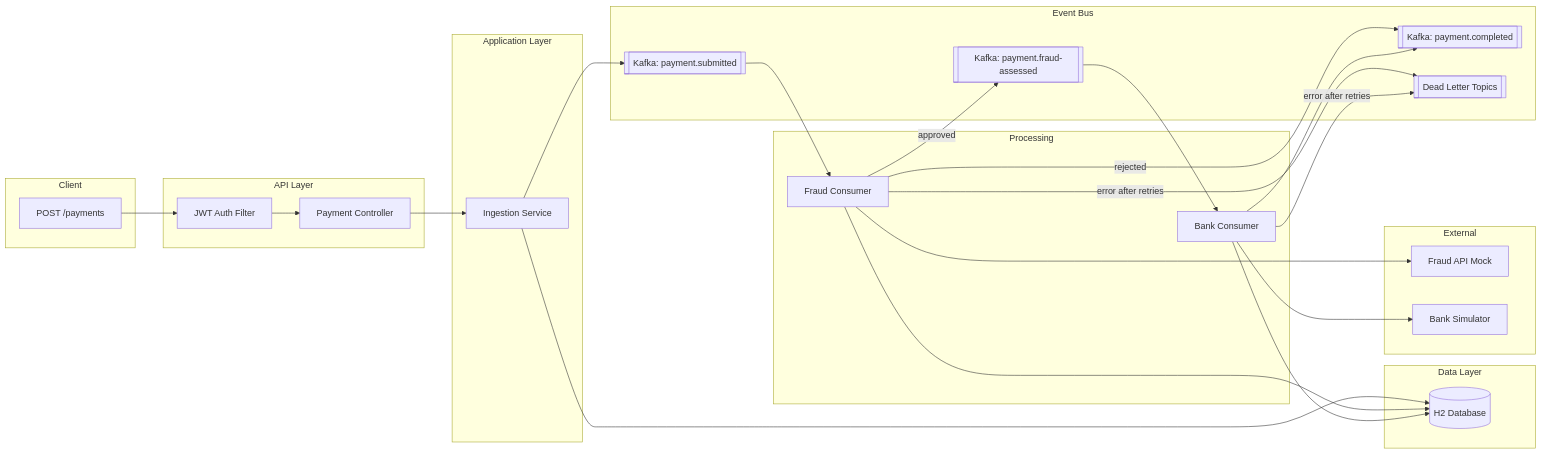
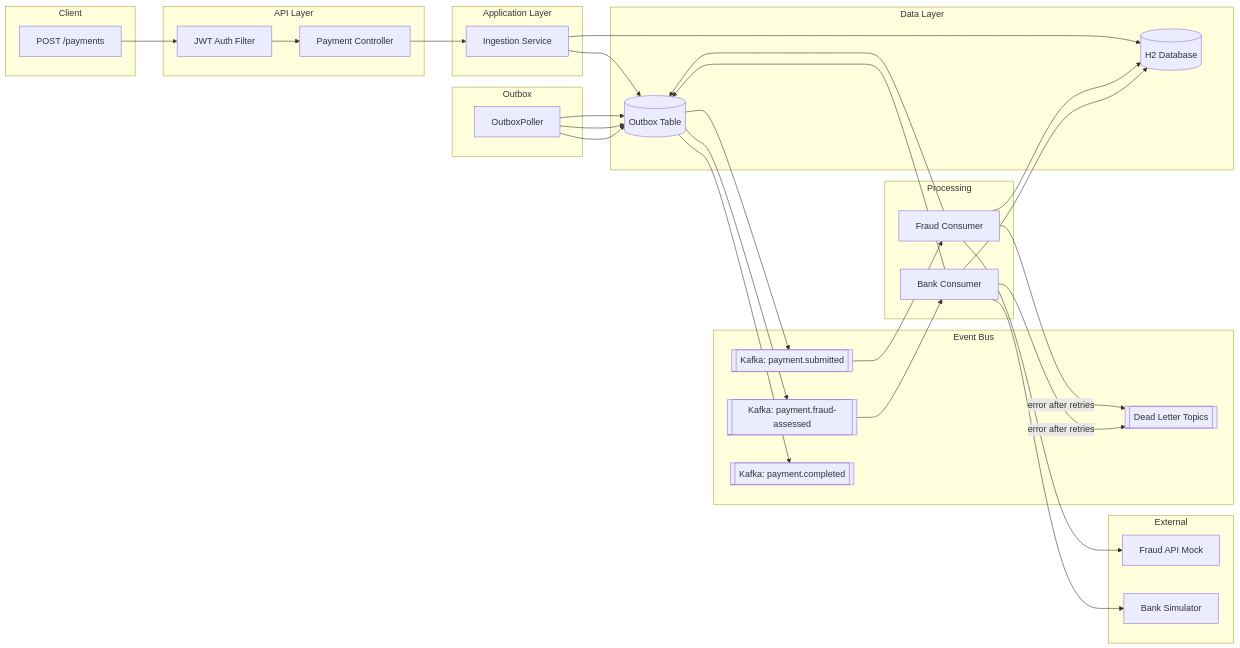
Before and after one commit to ltadiko/PaymentGateway: the seventh of 8 diagrams in docs/diagrams/sequence-diagrams.md, drawn with Mermaid. The commit also changed other lines of this file and 1 other file, not shown here.

````diff
--- a/docs/diagrams/sequence-diagrams.md
+++ b/docs/diagrams/sequence-diagrams.md
@@ -304,51 +316,61 @@
 ```mermaid
 flowchart LR
     subgraph Client
         A[POST /payments]
     end
 
     subgraph API Layer
         B[JWT Auth Filter]
         C[Payment Controller]
     end
 
     subgraph Application Layer
         D[Ingestion Service]
     end
 
     subgraph Data Layer
         E[(H2 Database)]
+        OB[(Outbox Table)]
+    end
+
+    subgraph Outbox
+        O[OutboxPoller]
     end
 
     subgraph Event Bus
         F[[Kafka: payment.submitted]]
         G[[Kafka: payment.fraud-assessed]]
         H[[Kafka: payment.completed]]
         I[[Dead Letter Topics]]
     end
 
     subgraph Processing
         J[Fraud Consumer]
         K[Bank Consumer]
     end
 
     subgraph External
         L[Fraud API Mock]
         M[Bank Simulator]
     end
 
     A --> B --> C --> D
     D --> E
-    D --> F
+    D --> OB
+    O --> OB
+    OB --> F
     F --> J
     J --> L
     J --> E
-    J -->|approved| G
-    J -->|rejected| H
-    J -->|error after retries| I
+    J --> OB
+    O --> OB
+    OB --> G
     G --> K
     K --> M
     K --> E
-    K --> H
+    K --> OB
+    O --> OB
+    OB --> H
+    J -->|error after retries| I
     K -->|error after retries| I
 ```
````
